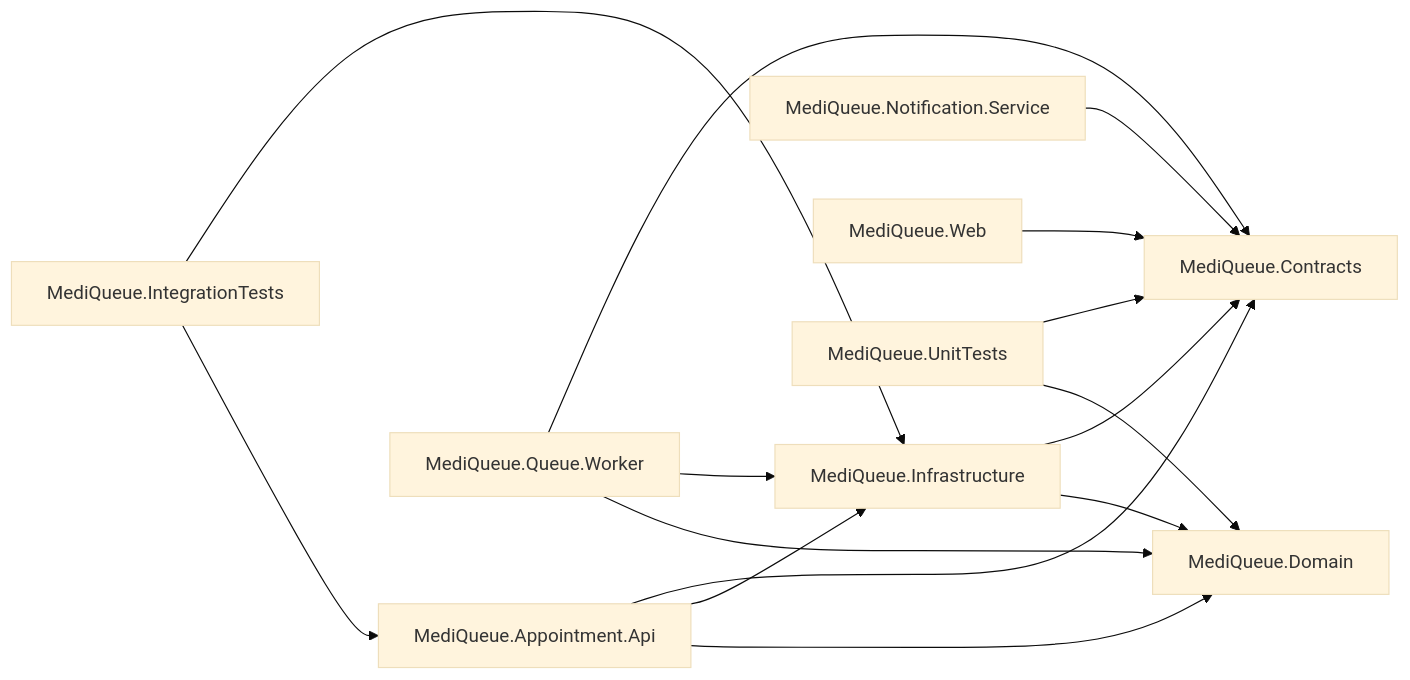
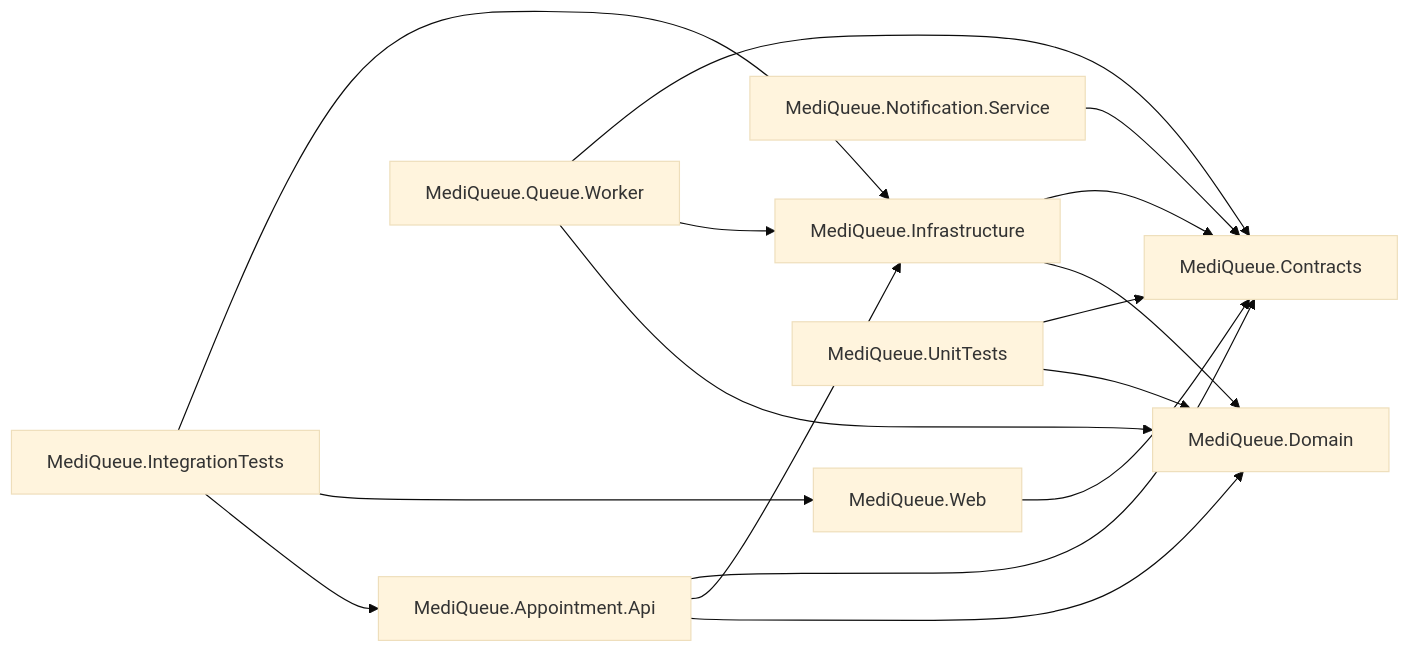
One commit to PTUDPTK23/CNTTK23E changed the first of 7 diagrams in Đặng Quốc Trung - dtc245200016/DuAn/DT09_HeThongDatLichKhamVaQuanLyHangDoi/Tuan1/docs/architecture.md. Above: the diagram before and after it, drawn with Mermaid (base theme). The commit also changed other lines of this file and 31 other files, not shown here.

````diff
--- a/Đặng Quốc Trung - dtc245200016/DuAn/DT09_HeThongDatLichKhamVaQuanLyHangDoi/Tuan1/docs/architecture.md
+++ b/Đặng Quốc Trung - dtc245200016/DuAn/DT09_HeThongDatLichKhamVaQuanLyHangDoi/Tuan1/docs/architecture.md
@@ -16,17 +16,18 @@
 ```mermaid
 flowchart LR
     Api[MediQueue.Appointment.Api] --> Domain[MediQueue.Domain]
     Api --> Infra[MediQueue.Infrastructure]
     Api --> Contracts[MediQueue.Contracts]
     Worker[MediQueue.Queue.Worker] --> Domain
     Worker --> Infra
     Worker --> Contracts
     Infra --> Domain
     Infra --> Contracts
     Notify[MediQueue.Notification.Service] --> Contracts
     Web[MediQueue.Web] --> Contracts
     Unit[MediQueue.UnitTests] --> Domain
     Unit --> Contracts
     Integration[MediQueue.IntegrationTests] --> Api
+    Integration --> Web
     Integration --> Infra
 ```
````
